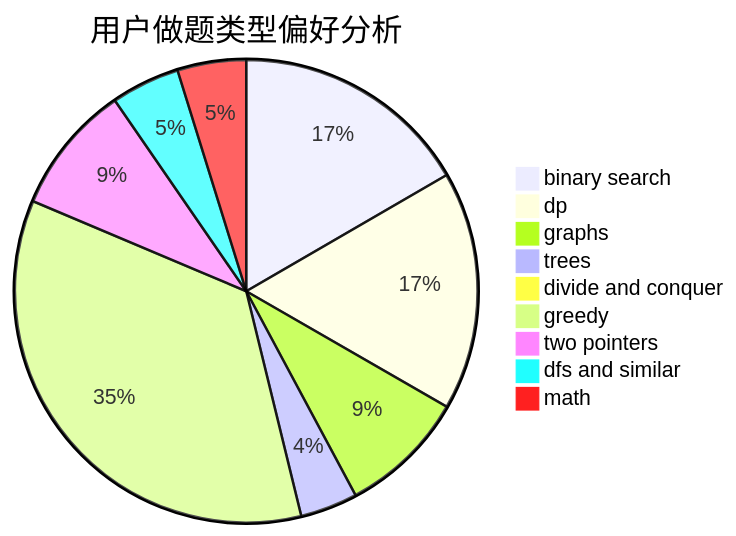
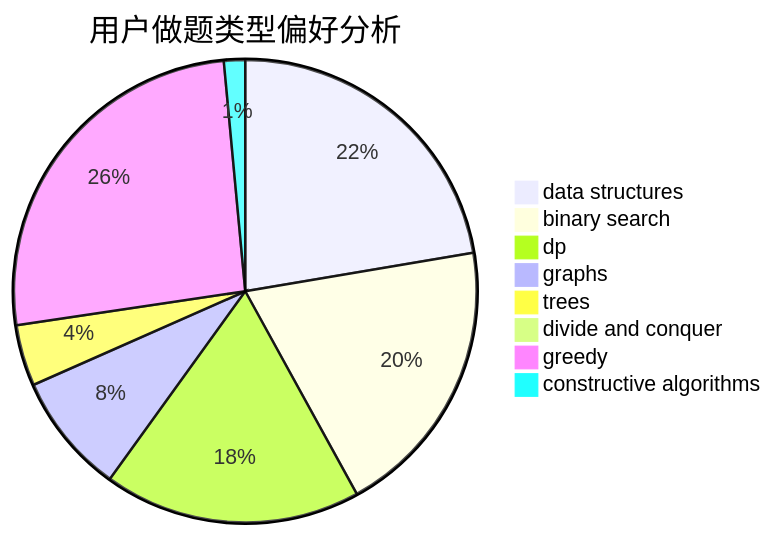
Before and after one commit to sherpahu/cfrs.github.io: the second of 3 diagrams in docs/user/u397.md, drawn with Mermaid. The commit also changed other lines of this file and 2775 other files, not shown here.

````diff
--- a/docs/user/u397.md
+++ b/docs/user/u397.md
@@ -23,12 +23,11 @@
 ```mermaid
 pie title 用户做题类型偏好分析
-    "binary search" :  357
-    "dp" :  358
-    "graphs" :  190
-    "trees" :  86
-    "divide and conquer" :  11
-    "greedy" :  755
-    "two pointers" :  194
-    "dfs and similar" :  103
-    "math" :  103
+    "data structures" :  392
+    "binary search" :  345
+    "dp" :  315
+    "graphs" :  148
+    "trees" :  75
+    "divide and conquer" :  0
+    "greedy" :  454
+    "constructive algorithms" :  26
 ```
````
